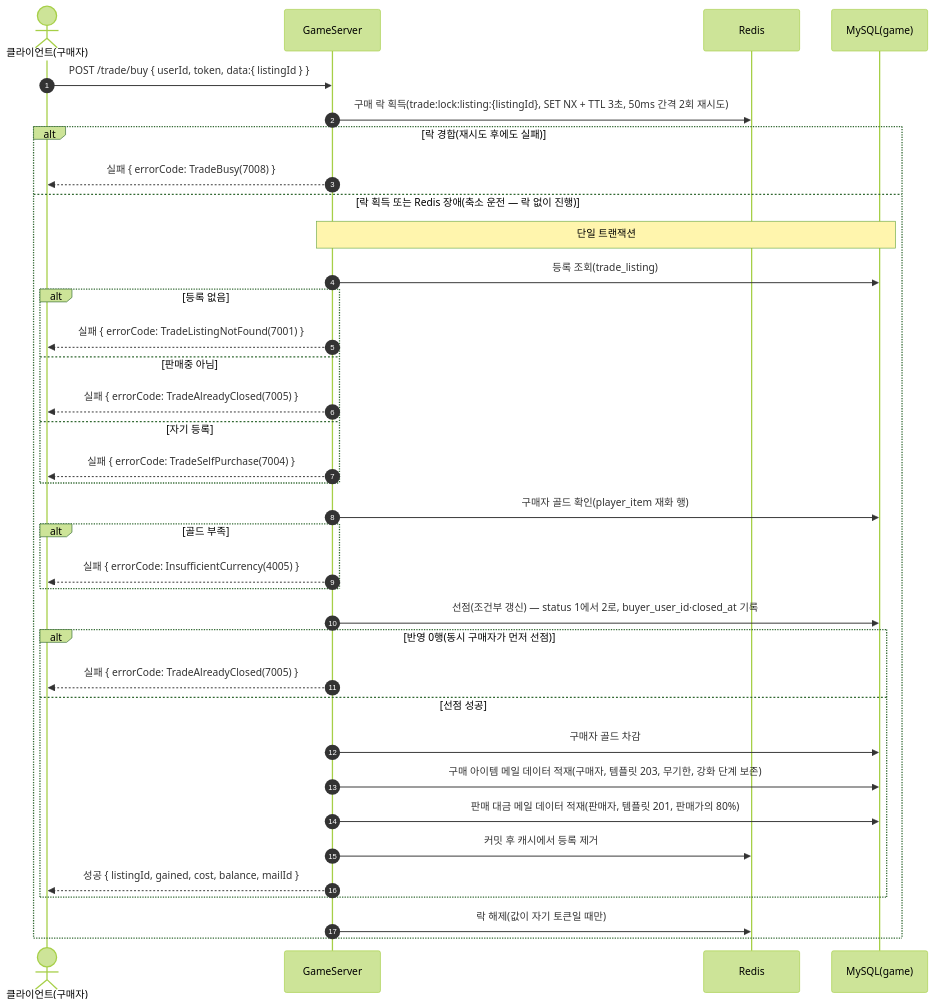
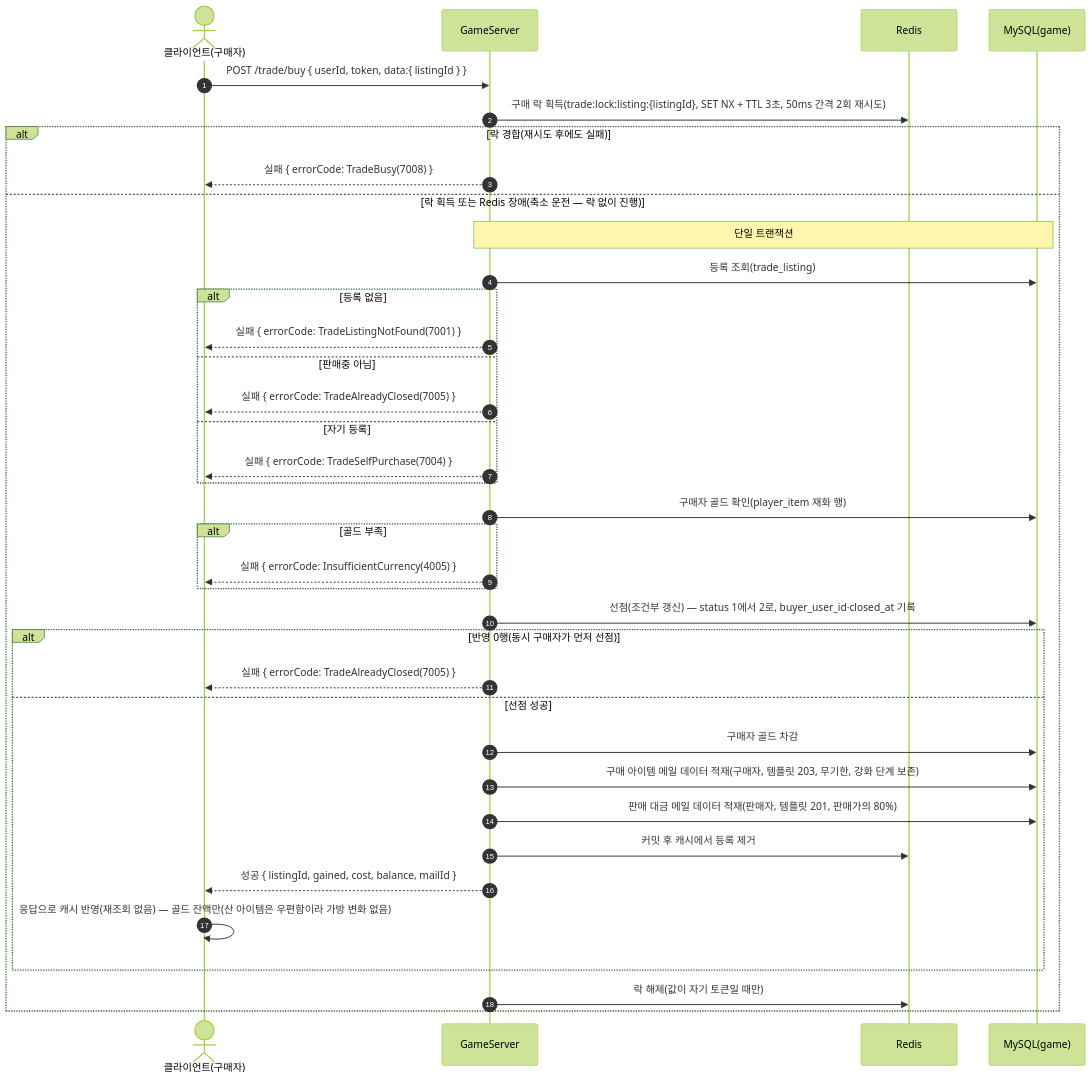
Before and after one commit to ks-wook/com2us-taskbar-hero: diagram 27 of 35 in SequenceDiagram/README.md, drawn with Mermaid (forest theme). The commit also changed other lines of this file and 13 other files, not shown here.

````diff
--- a/SequenceDiagram/README.md
+++ b/SequenceDiagram/README.md
@@ -819,39 +867,40 @@
 ```mermaid
 sequenceDiagram
     autonumber
     actor C as 클라이언트(구매자)
     participant S as GameServer
     participant R as Redis
     participant DB as MySQL(game)
 
     C->>S: POST /trade/buy { userId, token, data:{ listingId } }
     S->>R: 구매 락 획득(trade:lock:listing:{listingId}, SET NX + TTL 3초, 50ms 간격 2회 재시도)
     alt 락 경합(재시도 후에도 실패)
         S-->>C: 실패 { errorCode: TradeBusy(7008) }
     else 락 획득 또는 Redis 장애(축소 운전 — 락 없이 진행)
         Note over S,DB: 단일 트랜잭션
         S->>DB: 등록 조회(trade_listing)
         alt 등록 없음
             S-->>C: 실패 { errorCode: TradeListingNotFound(7001) }
         else 판매중 아님
             S-->>C: 실패 { errorCode: TradeAlreadyClosed(7005) }
         else 자기 등록
             S-->>C: 실패 { errorCode: TradeSelfPurchase(7004) }
         end
         S->>DB: 구매자 골드 확인(player_item 재화 행)
         alt 골드 부족
             S-->>C: 실패 { errorCode: InsufficientCurrency(4005) }
         end
         S->>DB: 선점(조건부 갱신) — status 1에서 2로, buyer_user_id·closed_at 기록
         alt 반영 0행(동시 구매자가 먼저 선점)
             S-->>C: 실패 { errorCode: TradeAlreadyClosed(7005) }
         else 선점 성공
             S->>DB: 구매자 골드 차감
             S->>DB: 구매 아이템 메일 데이터 적재(구매자, 템플릿 203, 무기한, 강화 단계 보존)
             S->>DB: 판매 대금 메일 데이터 적재(판매자, 템플릿 201, 판매가의 80%)
             S->>R: 커밋 후 캐시에서 등록 제거
             S-->>C: 성공 { listingId, gained, cost, balance, mailId }
+            C->>C: 응답으로 캐시 반영(재조회 없음) — 골드 잔액만(산 아이템은 우편함이라 가방 변화 없음)
         end
         S->>R: 락 해제(값이 자기 토큰일 때만)
     end
 ```
````
